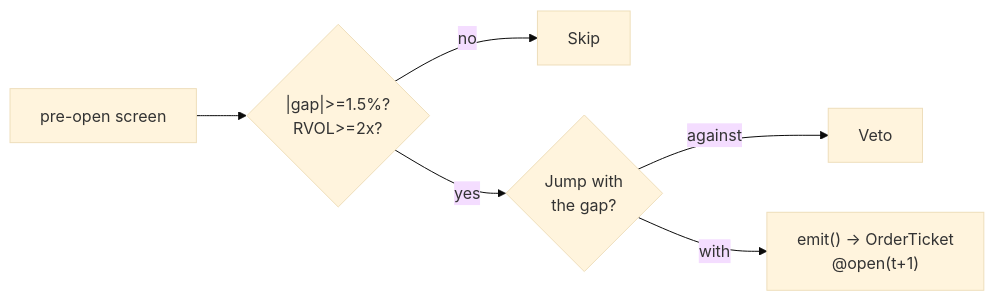
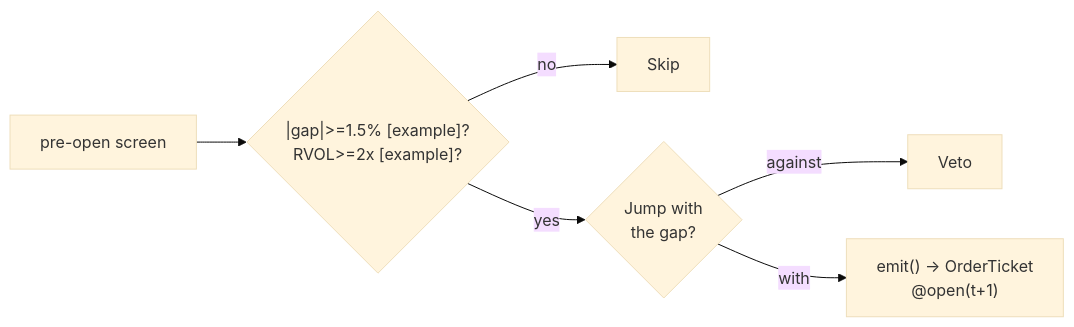
The diagram in modules/strategies/T018.md (praveenguptahcl/quant-signals-deep), drawn with Mermaid (base theme) before and after one commit. The commit also changed other lines of this file and 275 other files, not shown here.

````diff
--- a/modules/strategies/T018.md
+++ b/modules/strategies/T018.md
@@ -330,11 +493,11 @@
 ```mermaid
 flowchart LR
-    PRE["pre-open screen"] --> GAP{"|gap|>=1.5%?
-RVOL>=2x?"}
+    PRE["pre-open screen"] --> GAP{"|gap|>=1.5% [example]?
+RVOL>=2x [example]?"}
     GAP -->|no| SKIP["Skip"]
     GAP -->|yes| JUMP{"Jump with
 the gap?"}
     JUMP -->|against| DROP["Veto"]
     JUMP -->|with| EMIT["emit() -> OrderTicket
 @open(t+1)"]
 ```
````
